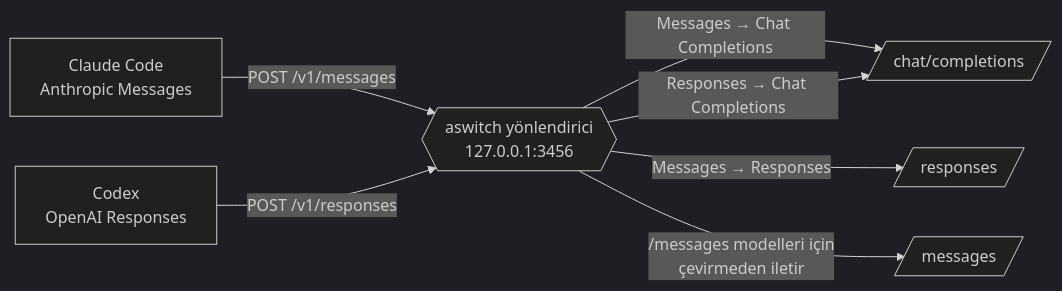
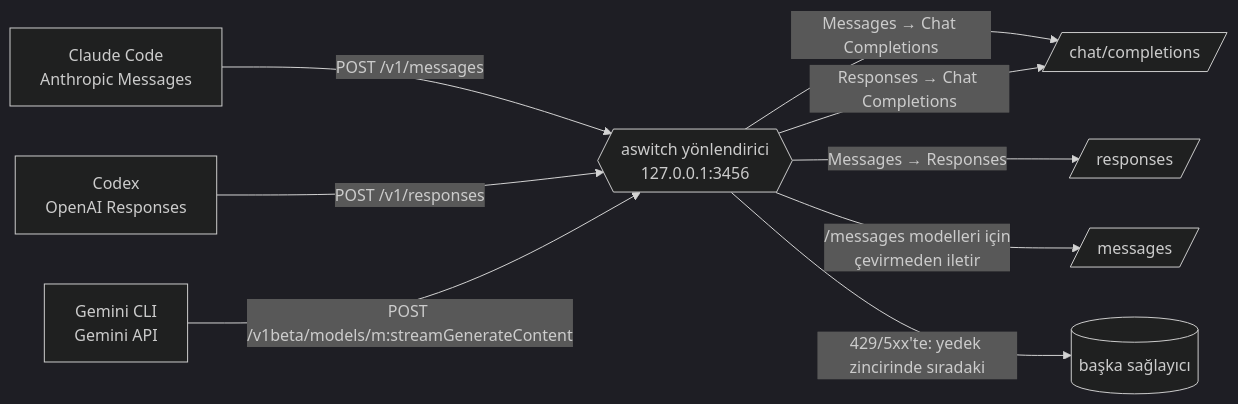
Before and after one commit to cumabozkurt/agent-switchboard: the third of 3 diagrams in README.tr.md, drawn with Mermaid (dark theme). The commit also changed other lines of this file and 68 other files, not shown here.

Commit message:
feat: v0.3.0 — Gemini CLI, profiles, fallback chain, usage log, MCP sync, import/export, endpoint test, tray, update notice; automated e2e, release notes, checksums, CodeQL, Dependabot

````diff
--- a/README.tr.md
+++ b/README.tr.md
@@ -307,9 +360,11 @@
 ```mermaid
 flowchart LR
   CC[Claude Code<br/>Anthropic Messages] -->|POST /v1/messages| R{{aswitch yönlendirici<br/>127.0.0.1:3456}}
   CX[Codex<br/>OpenAI Responses] -->|POST /v1/responses| R
+  GM[Gemini CLI<br/>Gemini API] -->|POST /v1beta/models/m:streamGenerateContent| R
   R -->|Messages → Chat Completions| C1[/chat/completions/]
   R -->|Messages → Responses| C2[/responses/]
   R -->|/messages modelleri için<br/>çevirmeden iletir| C3[/messages/]
   R -->|Responses → Chat Completions| C1
+  R -->|429/5xx'te: yedek zincirinde sıradaki| FB[(başka sağlayıcı)]
 ```
````
